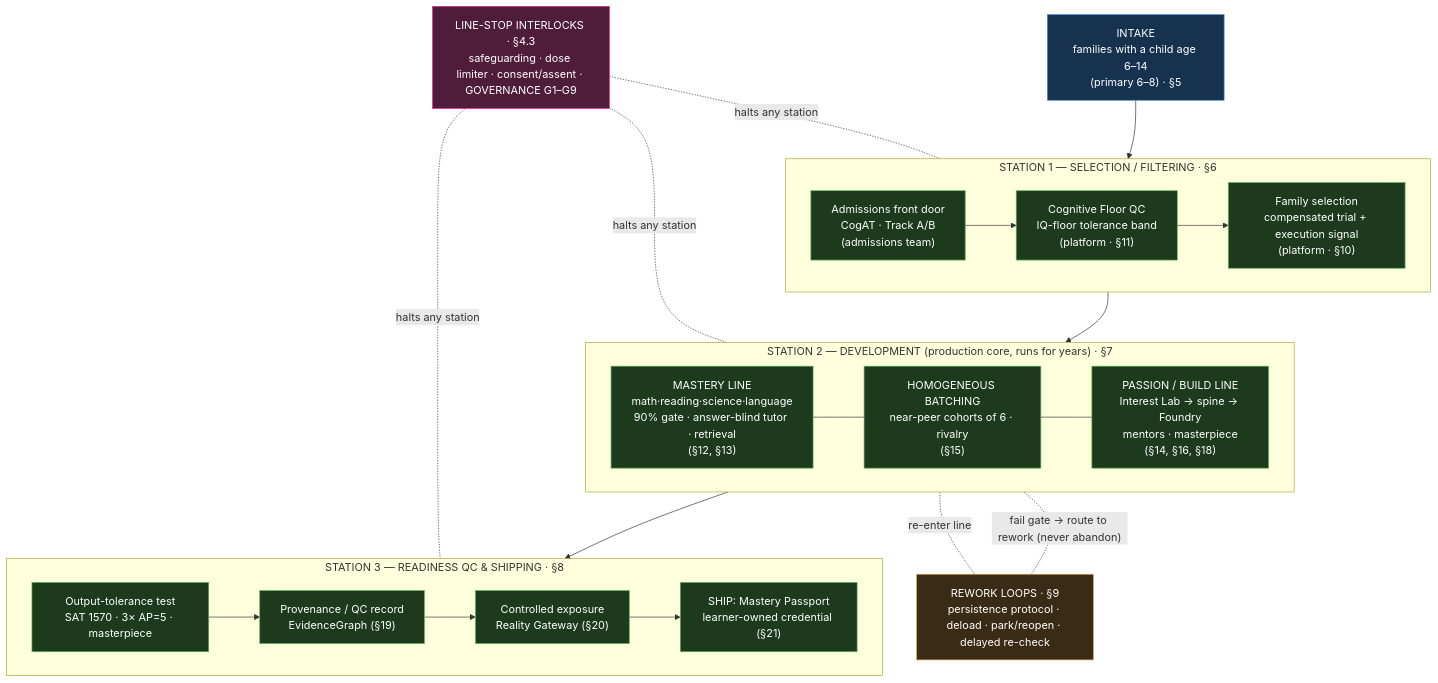
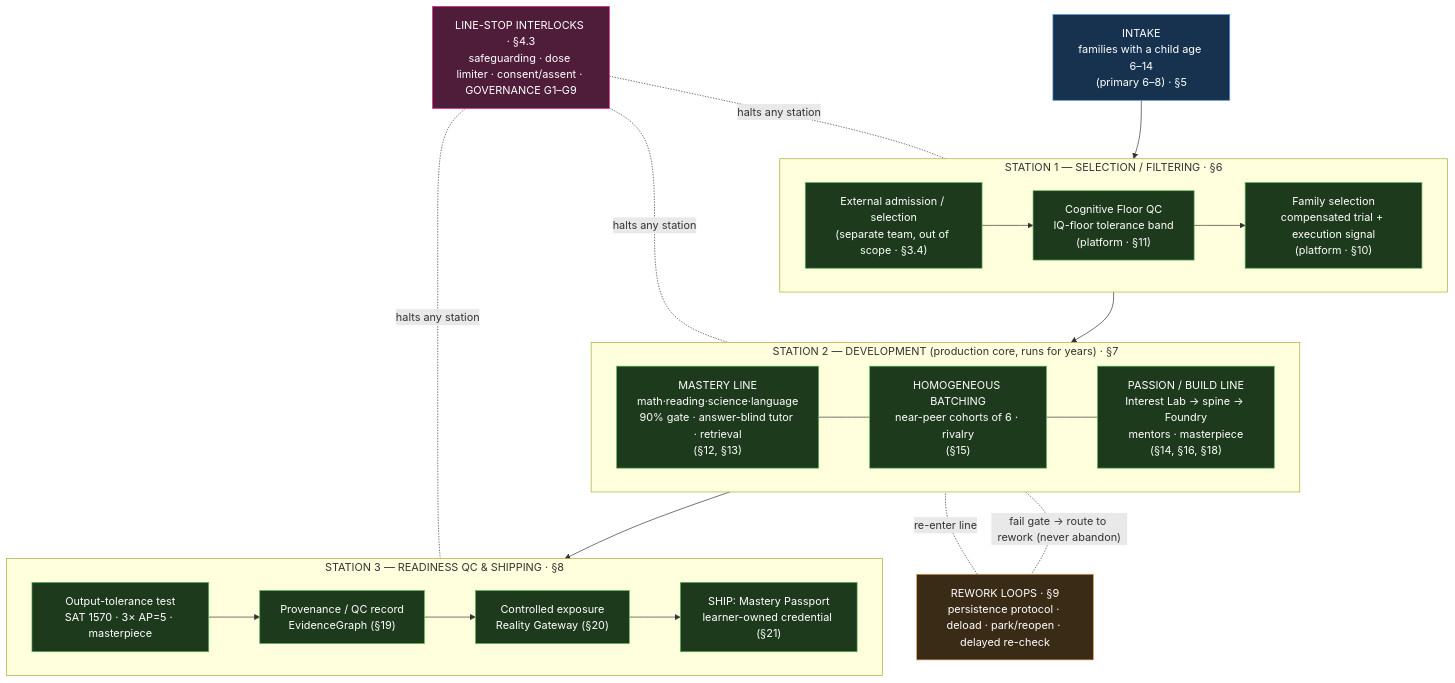
Before and after one commit to spinkicks/gt100k: the diagram in docs/prd/PIPELINE-PRD.md, drawn with Mermaid. The commit also changed other lines of this file and 9 other files, not shown here.

First line of the commit message:
chore: purge external admissions scope from platform docs

````diff
--- a/docs/prd/PIPELINE-PRD.md
+++ b/docs/prd/PIPELINE-PRD.md
@@ -75,47 +75,47 @@
 ```mermaid
 flowchart TB
     FS["INTAKE<br/>families with a child age 6–14<br/>(primary 6–8) · §5"]
 
     subgraph S1["STATION 1 — SELECTION / FILTERING · §6"]
-        A1["Admissions front door<br/>CogAT · Track A/B<br/>(admissions team)"]
+        A1["External admission / selection<br/>(separate team, out of scope · §3.4)"]
         A2["Cognitive Floor QC<br/>IQ-floor tolerance band<br/>(platform · §11)"]
         A3["Family selection<br/>compensated trial + execution signal<br/>(platform · §10)"]
         A1 --> A2 --> A3
     end
 
     subgraph S2["STATION 2 — DEVELOPMENT (production core, runs for years) · §7"]
         direction LR
         L1["MASTERY LINE<br/>math·reading·science·language<br/>90% gate · answer-blind tutor · retrieval<br/>(§12, §13)"]
         L2["PASSION / BUILD LINE<br/>Interest Lab → spine → Foundry<br/>mentors · masterpiece<br/>(§14, §16, §18)"]
         BATCH["HOMOGENEOUS BATCHING<br/>near-peer cohorts of 6 · rivalry<br/>(§15)"]
         L1 --- BATCH --- L2
     end
 
     subgraph S3["STATION 3 — READINESS QC & SHIPPING · §8"]
         Q1["Output-tolerance test<br/>SAT 1570 · 3× AP=5 · masterpiece"]
         Q2["Provenance / QC record<br/>EvidenceGraph (§19)"]
         Q3["Controlled exposure<br/>Reality Gateway (§20)"]
         SHIP["SHIP: Mastery Passport<br/>learner-owned credential (§21)"]
         Q1 --> Q2 --> Q3 --> SHIP
     end
 
     FS --> S1 --> S2 --> S3
 
     REWORK["REWORK LOOPS · §9<br/>persistence protocol · deload · park/reopen · delayed re-check"]
     STOP["LINE-STOP INTERLOCKS · §4.3<br/>safeguarding · dose limiter · consent/assent · GOVERNANCE G1–G9"]
 
     S2 -. "fail gate → route to rework (never abandon)" .- REWORK
     REWORK -. "re-enter line" .- S2
     STOP -. "halts any station" .- S1
     STOP -. "halts any station" .- S2
     STOP -. "halts any station" .- S3
 
     classDef stn fill:#1d3a1d,stroke:#5cb85c,color:#fff;
     classDef rew fill:#3a2b16,stroke:#e0a458,color:#fff;
     classDef stop fill:#4f1d3a,stroke:#e91e8c,color:#fff;
     classDef fs fill:#16324f,stroke:#4a90d9,color:#fff;
     class A1,A2,A3,L1,L2,BATCH,Q1,Q2,Q3,SHIP stn;
     class REWORK rew;
     class STOP stop;
     class FS fs;
 ```
````
